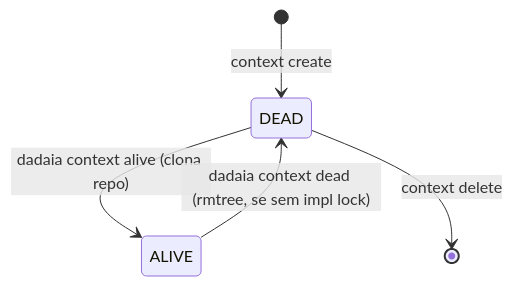
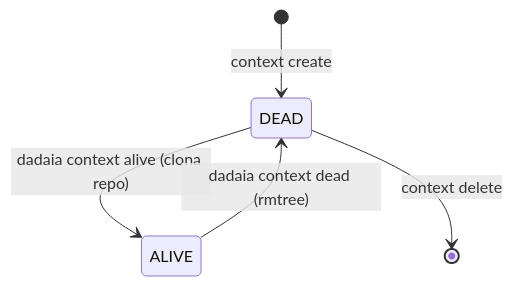
Before and after one commit to marcoaureliomenezes/dadaia-workspace: the diagram in specs/memory/product/platform/context-management.md, drawn with Mermaid. The commit also changed other lines of this file and 12 other files, not shown here.

First line of the commit message:
docs(memory): rewrite architecture.md to v0.2.0 reality + Spec Context Project keystone atom

````diff
--- a/specs/memory/product/platform/context-management.md
+++ b/specs/memory/product/platform/context-management.md
@@ -35,7 +36,7 @@
 ```mermaid
 stateDiagram-v2
     [*] --> DEAD : context create
     DEAD --> ALIVE : dadaia context alive (clona repo)
-    ALIVE --> DEAD : dadaia context dead (rmtree, se sem impl lock)
+    ALIVE --> DEAD : dadaia context dead (rmtree)
     DEAD --> [*] : context delete
 ```
````
